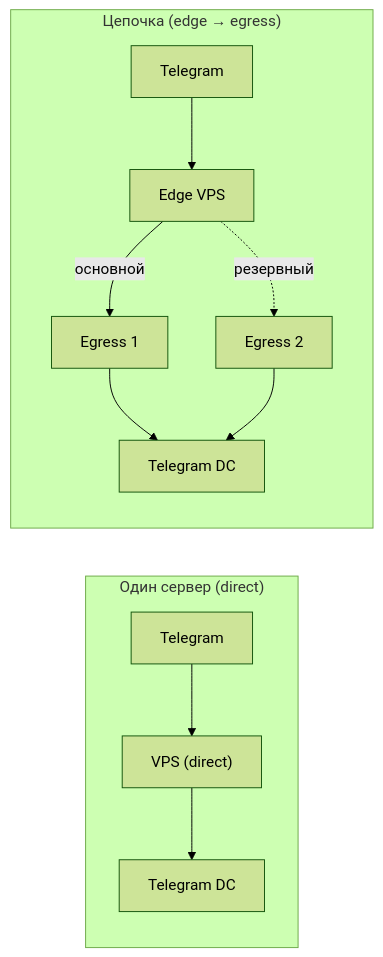
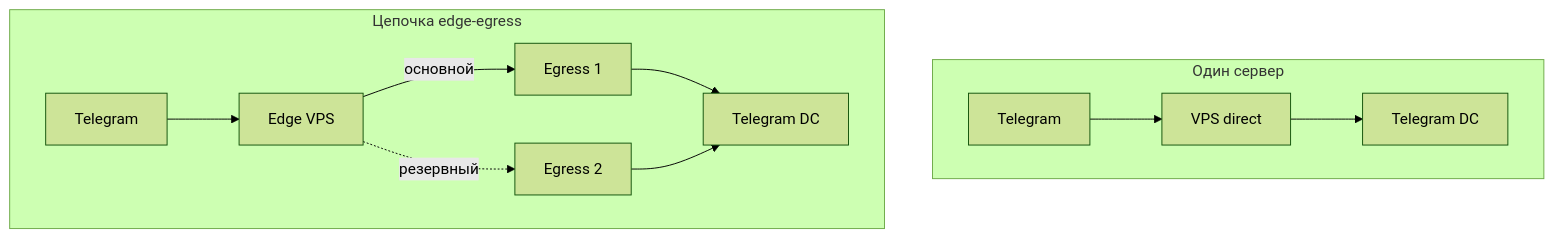
The diagram in README.md (RsNest/mtevil), drawn with Mermaid (forest theme) before and after one commit.

Commit message:
Fix Mermaid diagram syntax and mobile layout in README.md

````diff
--- a/README.md
+++ b/README.md
@@ -60,14 +60,14 @@
 ```mermaid
-flowchart LR
-  subgraph Direct ["Один сервер (direct)"]
-    T1["Telegram"] --> V1["VPS (direct)"] --> DC1["Telegram DC"]
+flowchart TD
+  subgraph Direct[Один сервер]
+    T1[Telegram] --> V1[VPS direct] --> DC1[Telegram DC]
   end
 
-  subgraph EdgeEgress ["Цепочка (edge → egress)"]
-    T2["Telegram"] --> E["Edge VPS"]
-    E -->|"основной"| G1["Egress 1"]
-    E -.->|"резервный"| G2["Egress 2"]
-    G1 --> DC2["Telegram DC"]
+  subgraph EdgeEgress[Цепочка edge-egress]
+    T2[Telegram] --> E[Edge VPS]
+    E -->|основной| G1[Egress 1]
+    E -.->|резервный| G2[Egress 2]
+    G1 --> DC2[Telegram DC]
     G2 --> DC2
   end
 ```
````
